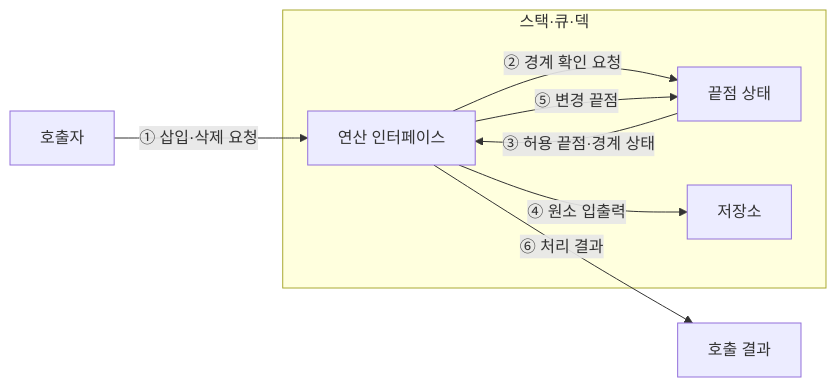
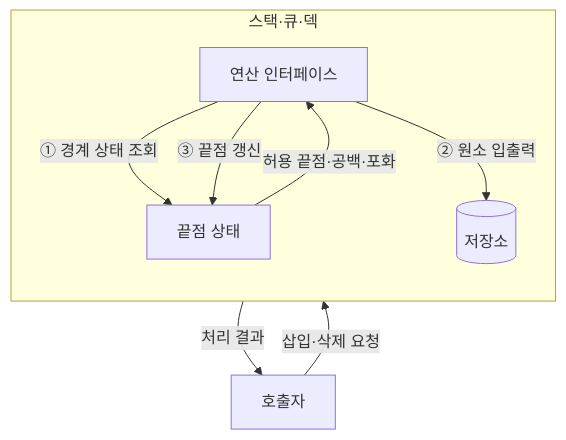
One commit to agnusdei1207/knowledge-base changed the second of 3 diagrams in src/content/docs/notes/01-basic-theory/007_stack_queue_deque.md. Above: the diagram before and after it, drawn with Mermaid. The commit also changed other lines of this file and 18 other files, not shown here.

Commit message:
docs: revise basic theory notes 001-020 diagrams

````diff
--- a/src/content/docs/notes/01-basic-theory/007_stack_queue_deque.md
+++ b/src/content/docs/notes/01-basic-theory/007_stack_queue_deque.md
@@ -55,14 +78,16 @@
 ```mermaid
-flowchart LR
-    C[호출자] -->|① 삽입·삭제 요청| I
+flowchart TB
+    Q[호출자]
     subgraph ADT[스택·큐·덱]
+        direction TB
         I[연산 인터페이스]
         E[끝점 상태]
-        S[저장소]
-        I -->|② 경계 확인 요청| E
-        E -->|③ 허용 끝점·경계 상태| I
-        I -->|④ 원소 입출력| S
-        I -->|⑤ 변경 끝점| E
+        S[(저장소)]
+        I -->|① 경계 상태 조회| E
+        E -->|허용 끝점·공백·포화| I
+        I -->|② 원소 입출력| S
+        I -->|③ 끝점 갱신| E
     end
-    I -->|⑥ 처리 결과| O[호출 결과]
+    Q -->|삽입·삭제 요청| I
+    I -->|처리 결과| Q
 ```
````
